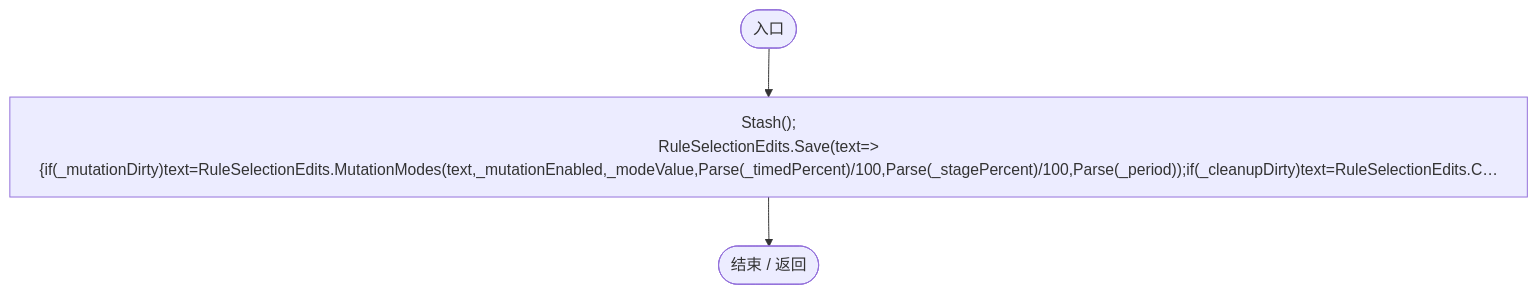
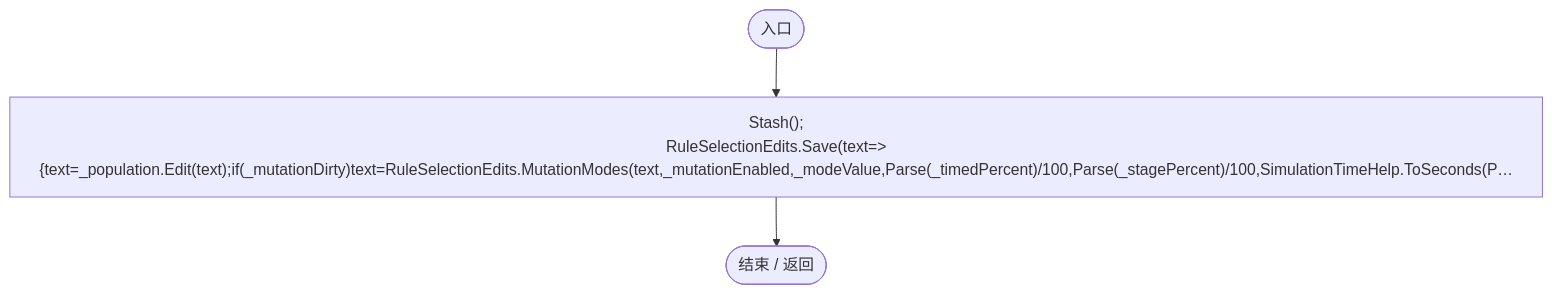
Before and after one commit to xhs6666/Darwin_paradise: diagram 23 of 26 in Docs/运行流程图/脚本/92d59cd12a5696c3.md, drawn with Mermaid. The commit also changed other lines of this file and 114 other files, not shown here.

````diff
--- a/Docs/运行流程图/脚本/92d59cd12a5696c3.md
+++ b/Docs/运行流程图/脚本/92d59cd12a5696c3.md
@@ -688,9 +798,9 @@
 ```mermaid
 flowchart TD
   b0(["入口"])
-  b1["Stash();<br/>RuleSelectionEdits.Save(text=&gt;{if(_mutationDirty)text=RuleSelectionEdits.MutationModes(text,_mutationEnabled,_modeValue,Parse(_timedPercent)/100,Parse(_stagePercent)/100,Parse(_period));if(_cleanupDirty)text=RuleSelectionEdits.C…"]
+  b1["Stash();<br/>RuleSelectionEdits.Save(text=&gt;{text=_population.Edit(text);if(_mutationDirty)text=RuleSelectionEdits.MutationModes(text,_mutationEnabled,_modeValue,Parse(_timedPercent)/100,Parse(_stagePercent)/100,SimulationTimeHelp.ToSeconds(P…"]
   b2(["结束 / 返回"])
   b0 --> b1
   b1 --> b2
 
 ```
````
